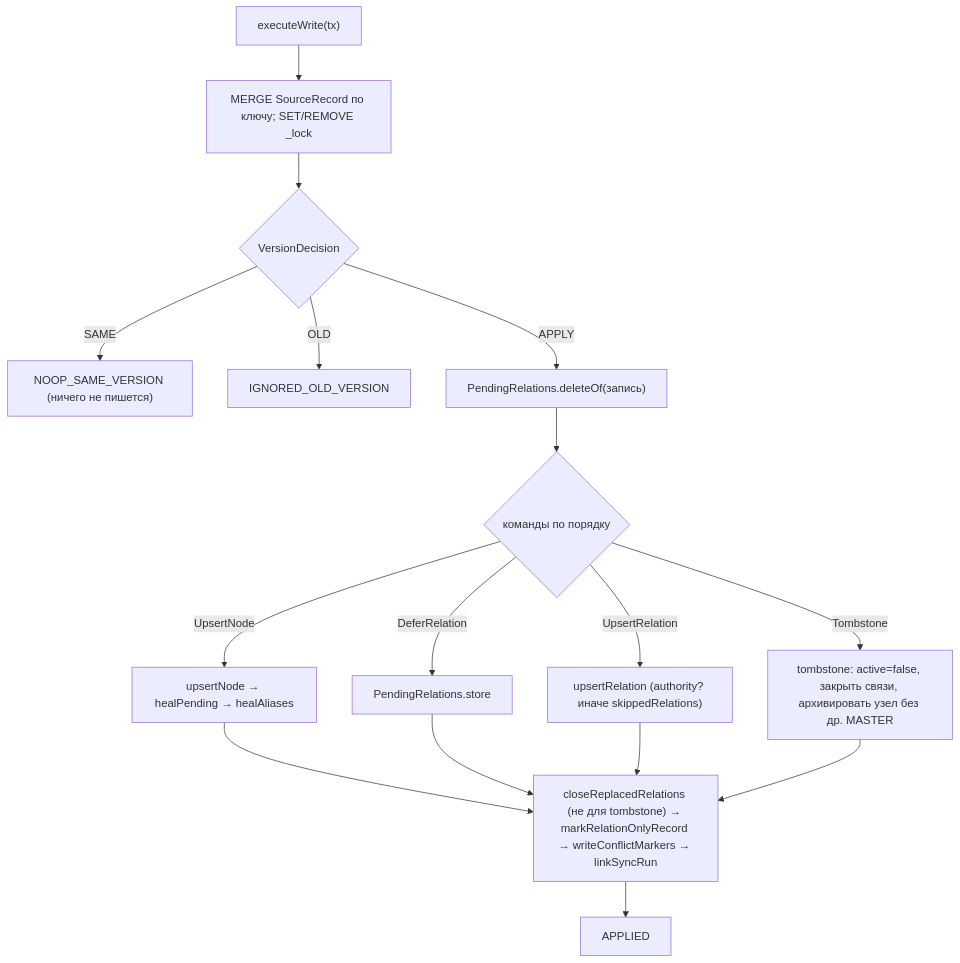
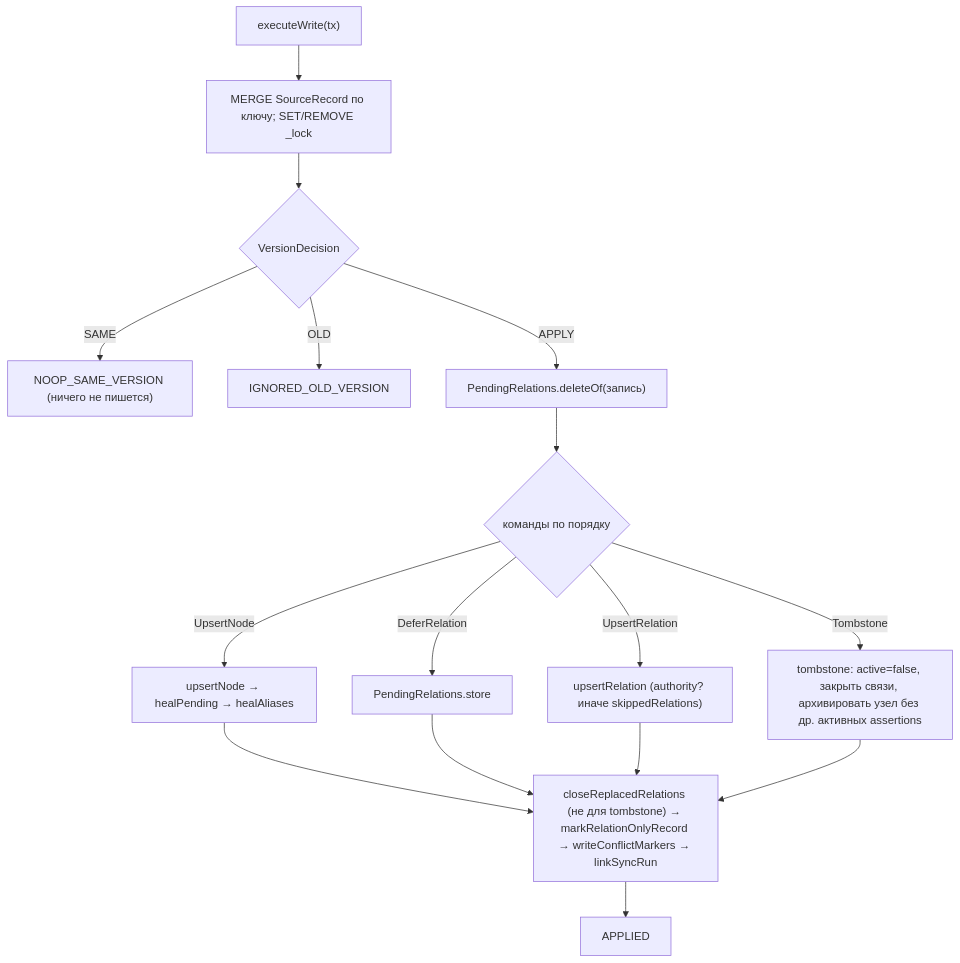
Before and after one commit to Unlocker/architecture-rag: the fourth of 6 diagrams in _reversa_sdd/flowcharts/graph-projector.md, drawn with Mermaid. The commit also changed 25 other files, not shown here.

````diff
--- a/_reversa_sdd/flowcharts/graph-projector.md
+++ b/_reversa_sdd/flowcharts/graph-projector.md
@@ -65,18 +65,18 @@
 ```mermaid
 flowchart TD
   A["executeWrite(tx)"] --> L["MERGE SourceRecord по ключу; SET/REMOVE _lock"]
   L --> VD{"VersionDecision"}
   VD -- SAME --> N1["NOOP_SAME_VERSION (ничего не пишется)"]
   VD -- OLD --> N2["IGNORED_OLD_VERSION"]
   VD -- APPLY --> DP["PendingRelations.deleteOf(запись)"]
   DP --> CMD{"команды по порядку"}
   CMD -- UpsertNode --> UN["upsertNode → healPending → healAliases"]
   CMD -- DeferRelation --> DF["PendingRelations.store"]
   CMD -- UpsertRelation --> UR["upsertRelation (authority? иначе skippedRelations)"]
-  CMD -- Tombstone --> TS["tombstone: active=false, закрыть связи, архивировать узел без др. MASTER"]
+  CMD -- Tombstone --> TS["tombstone: active=false, закрыть связи, архивировать узел без др. активных assertions"]
   UN --> TAIL
   DF --> TAIL
   UR --> TAIL
   TS --> TAIL
   TAIL["closeReplacedRelations (не для tombstone) → markRelationOnlyRecord → writeConflictMarkers → linkSyncRun"] --> OK["APPLIED"]
 ```
````
